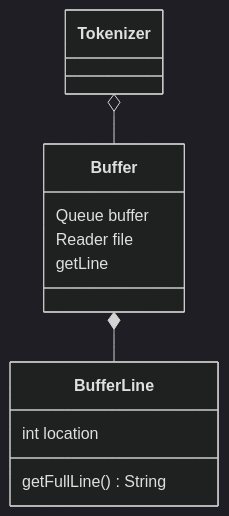
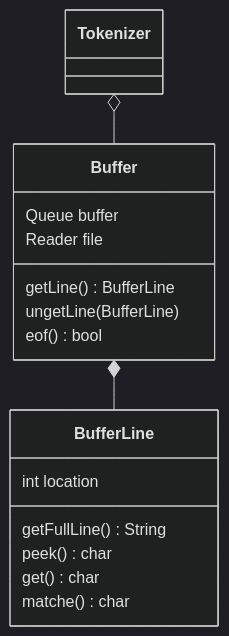
The first of 5 diagrams in Implementation.md (Jzhyang1/Monomer), drawn with Mermaid (dark theme) before and after one commit. The commit also changed other lines of this file, not shown here.

Commit message:
Implementation.md updated from https://stackedit.io/

````diff
--- a/Implementation.md
+++ b/Implementation.md
@@ -58,12 +58,17 @@
 ```mermaid
 classDiagram
 Tokenizer o-- Buffer
 Buffer *-- BufferLine
 
 Buffer: Queue buffer
 Buffer: Reader file
-Buffer: getLine
+Buffer: getLine() BufferLine
+Buffer: ungetLine(BufferLine)
+Buffer: eof() bool
 
 BufferLine: int location
 BufferLine: getFullLine() String
+BufferLine: peek() char
+BufferLine: get() char
+BufferLine: matche() char
 ```
````
